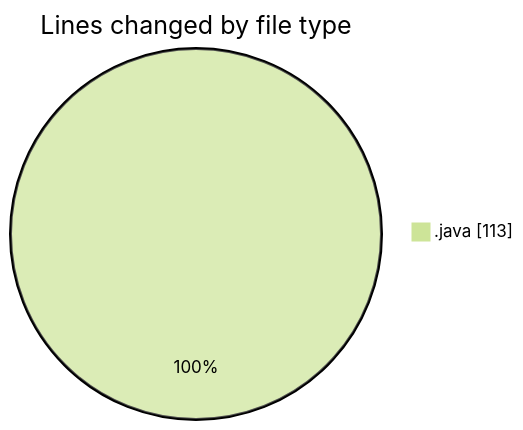
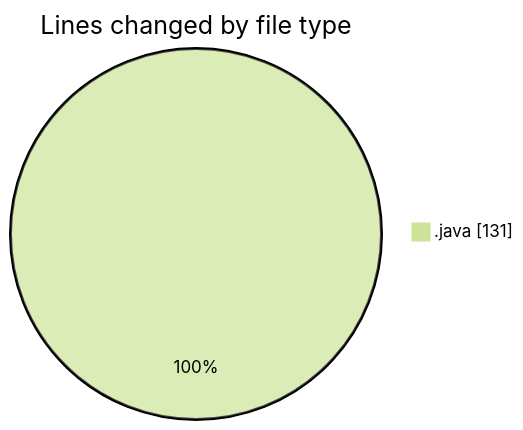
The first of 2 diagrams in 2025-02-23/startfiles/README.md (NitaiMahat/code-tracking), drawn with Mermaid (forest theme) before and after one commit. The commit also changed other lines of this file and 1 other file, not shown here.

````diff
--- a/2025-02-23/startfiles/README.md
+++ b/2025-02-23/startfiles/README.md
@@ -20,5 +20,5 @@
 ```mermaid
 pie showData
 title Lines changed by file type
-".java" : 113
+".java" : 131
 ```
````
